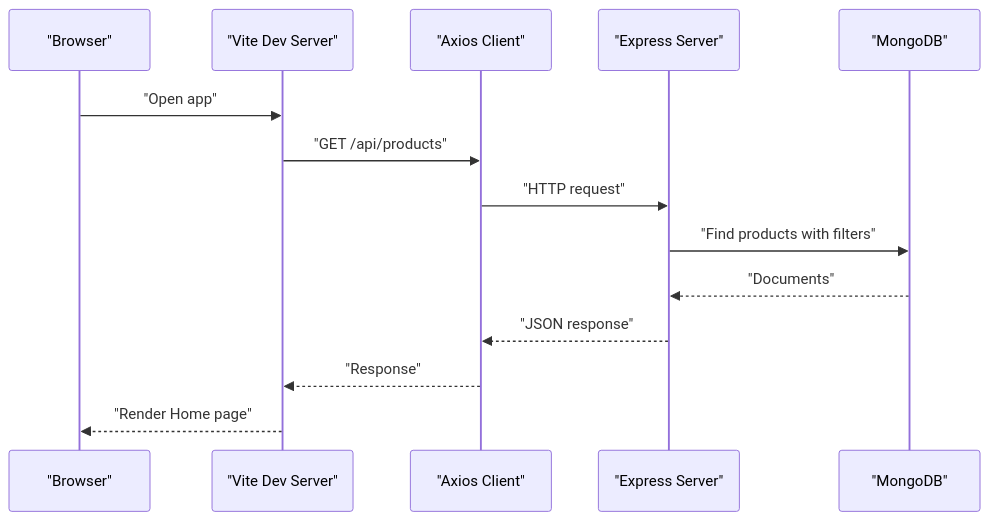
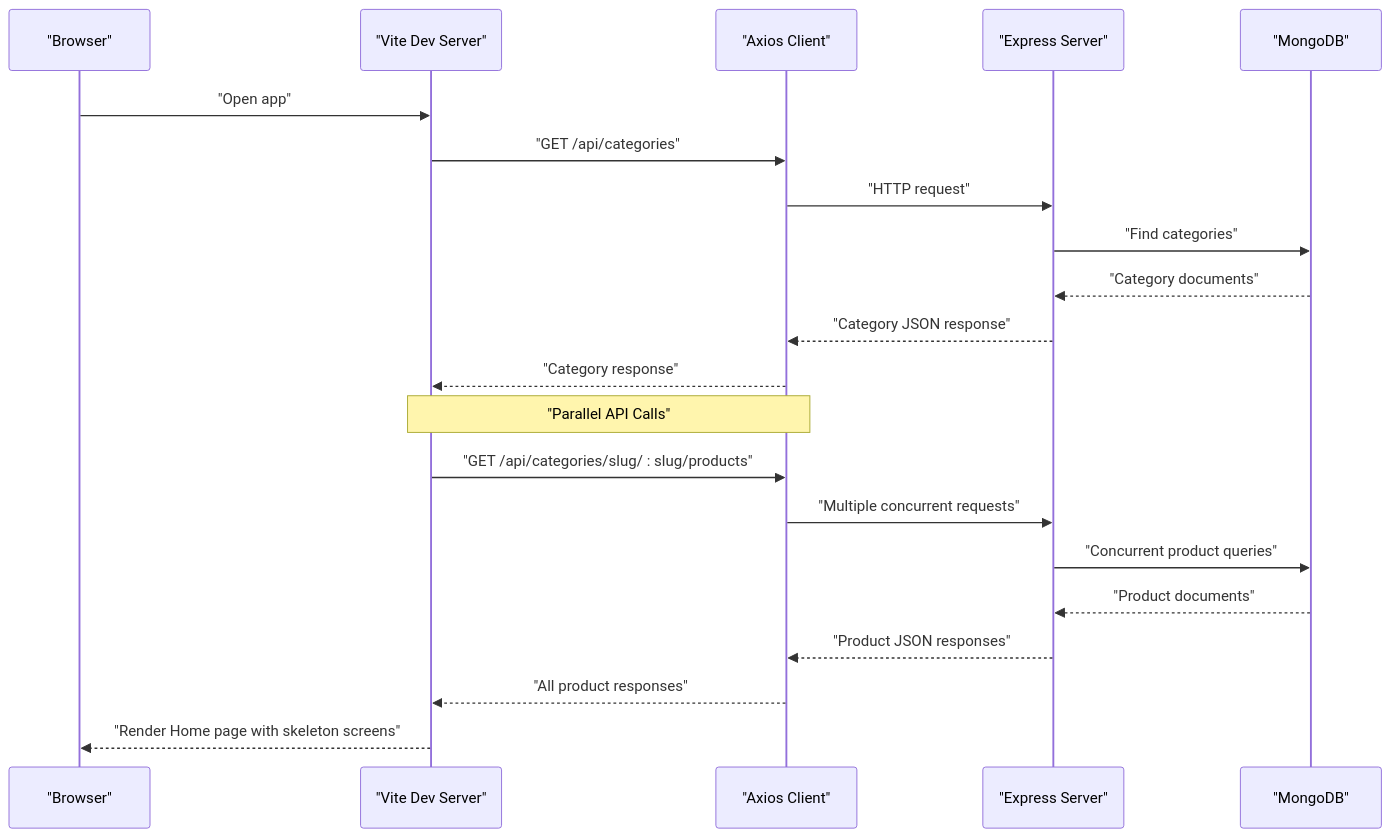
Before and after one commit to Pavan-PSPK9032/TrendsandToss: the second of 3 diagrams in .qoder/repowiki/en/content/Performance Optimization/Performance Optimization.md, drawn with Mermaid. The commit also changed other lines of this file and 27 other files, not shown here.

````diff
--- a/.qoder/repowiki/en/content/Performance Optimization/Performance Optimization.md
+++ b/.qoder/repowiki/en/content/Performance Optimization/Performance Optimization.md
@@ -106,16 +129,23 @@
 ```mermaid
 sequenceDiagram
 participant Browser as "Browser"
 participant Vite as "Vite Dev Server"
 participant API as "Axios Client"
 participant Server as "Express Server"
 participant DB as "MongoDB"
 Browser->>Vite : "Open app"
-Vite->>API : "GET /api/products"
+Vite->>API : "GET /api/categories"
 API->>Server : "HTTP request"
-Server->>DB : "Find products with filters"
-DB-->>Server : "Documents"
-Server-->>API : "JSON response"
-API-->>Vite : "Response"
-Vite-->>Browser : "Render Home page"
+Server->>DB : "Find categories"
+DB-->>Server : "Category documents"
+Server-->>API : "Category JSON response"
+API-->>Vite : "Category response"
+Note over Vite,API : "Parallel API Calls"
+Vite->>API : "GET /api/categories/slug/ : slug/products"
+API->>Server : "Multiple concurrent requests"
+Server->>DB : "Concurrent product queries"
+DB-->>Server : "Product documents"
+Server-->>API : "Product JSON responses"
+API-->>Vite : "All product responses"
+Vite-->>Browser : "Render Home page with skeleton screens"
 ```
````
